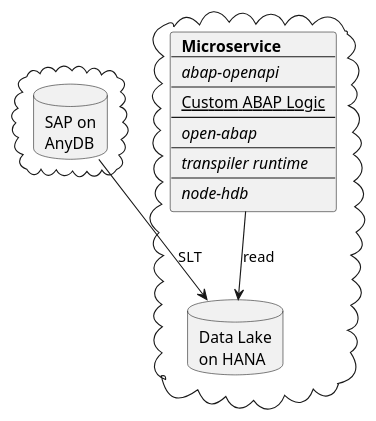
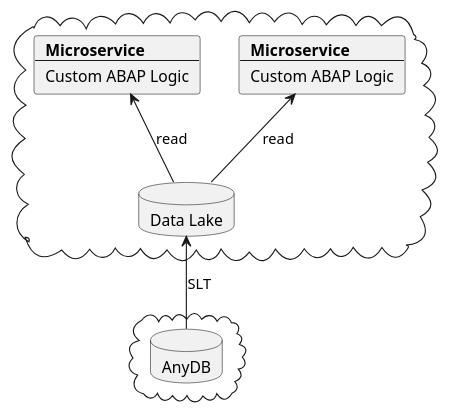
Before and after one commit to heliconialabs/moving-abap-workloads-to-serverless: the diagram in src/introduction.adoc, drawn with PlantUML. The commit also changed other lines of this file and 4 other files, not shown here.

```diff
--- a/src/introduction.adoc
+++ b/src/introduction.adoc
@@ -21,31 +21,29 @@
 [plantuml]
 ....
 skinparam monochrome true
 
 cloud {
-  database "SAP on\nAnyDB" as sap
+  database "AnyDB" as anydb
 }
 
 cloud {
-  database "Data Lake\non HANA" as lake
-
-  card card [
+  card card1 [
     <b>Microservice</b>
     ----
-    //abap-openapi//
-    ----
-    <u>Custom ABAP Logic</u>
-    ----
-    //open-abap//
-    ----
-    //transpiler runtime//
-    ----
-    //node-hdb//
+    Custom ABAP Logic
   ]
 
-  card -down-> lake : read
+  card card2 [
+    <b>Microservice</b>
+    ----
+    Custom ABAP Logic
+  ]
+
+  database "Data Lake" as lake
+
+  lake -up-> card1 : read
+  lake -up-> card2 : read
 }
 
-
-sap --> lake : SLT
+anydb -up-> lake : SLT
 ....
```
